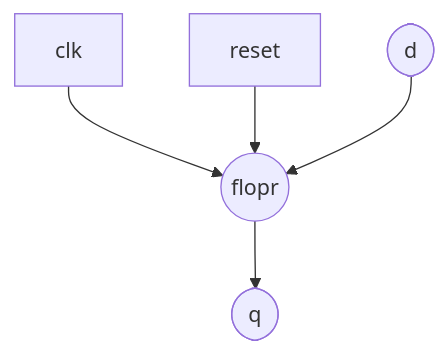
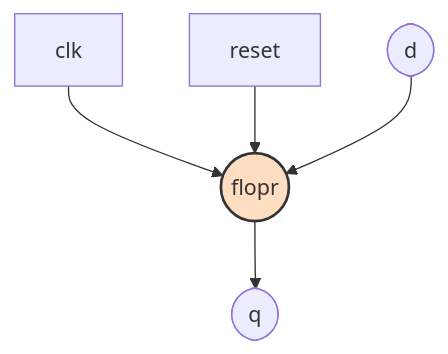
Before and after one commit to granitespinoza/arqui: the diagram in docs/module_diagrams/flopr.md, drawn with Mermaid. The commit also changed 18 other files, not shown here.

Commit message:
Improve module diagrams with colors

````diff
--- a/docs/module_diagrams/flopr.md
+++ b/docs/module_diagrams/flopr.md
@@ -3,7 +3,10 @@
 ```mermaid
 flowchart TD
+    classDef main fill:#FFDDC1,stroke:#333,stroke-width:2px
+    classDef sub fill:#BBE1FA,stroke:#333
     clk --> flopr_module((flopr))
     reset --> flopr_module
     d([d]) --> flopr_module
     flopr_module --> q([q])
+    class flopr_module main
 ```
````
